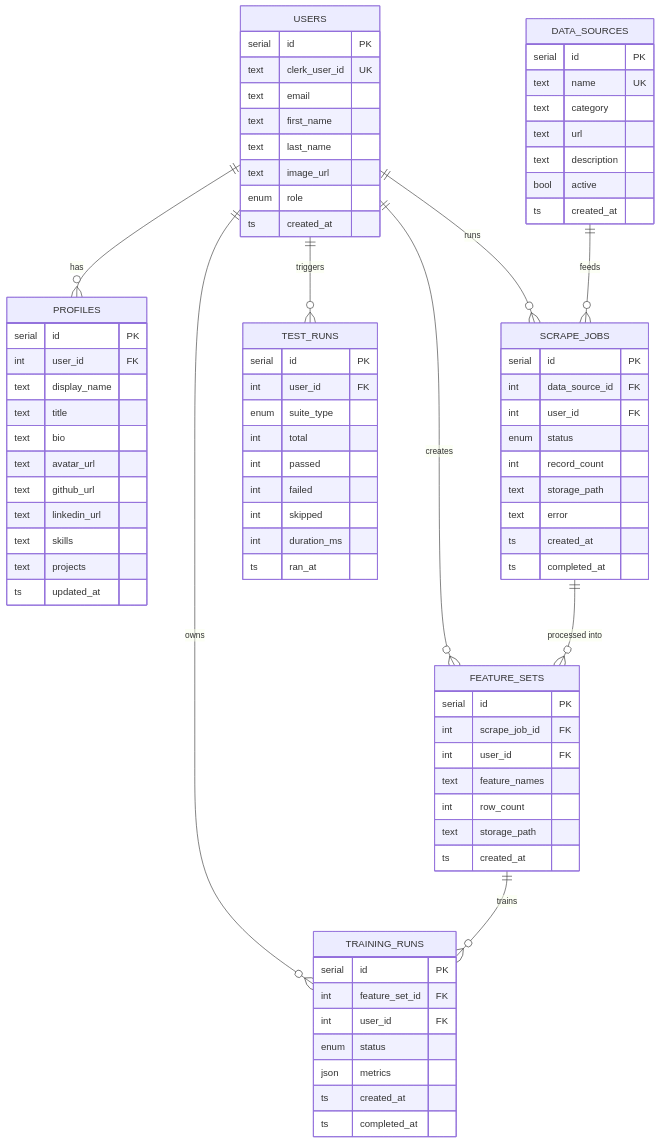
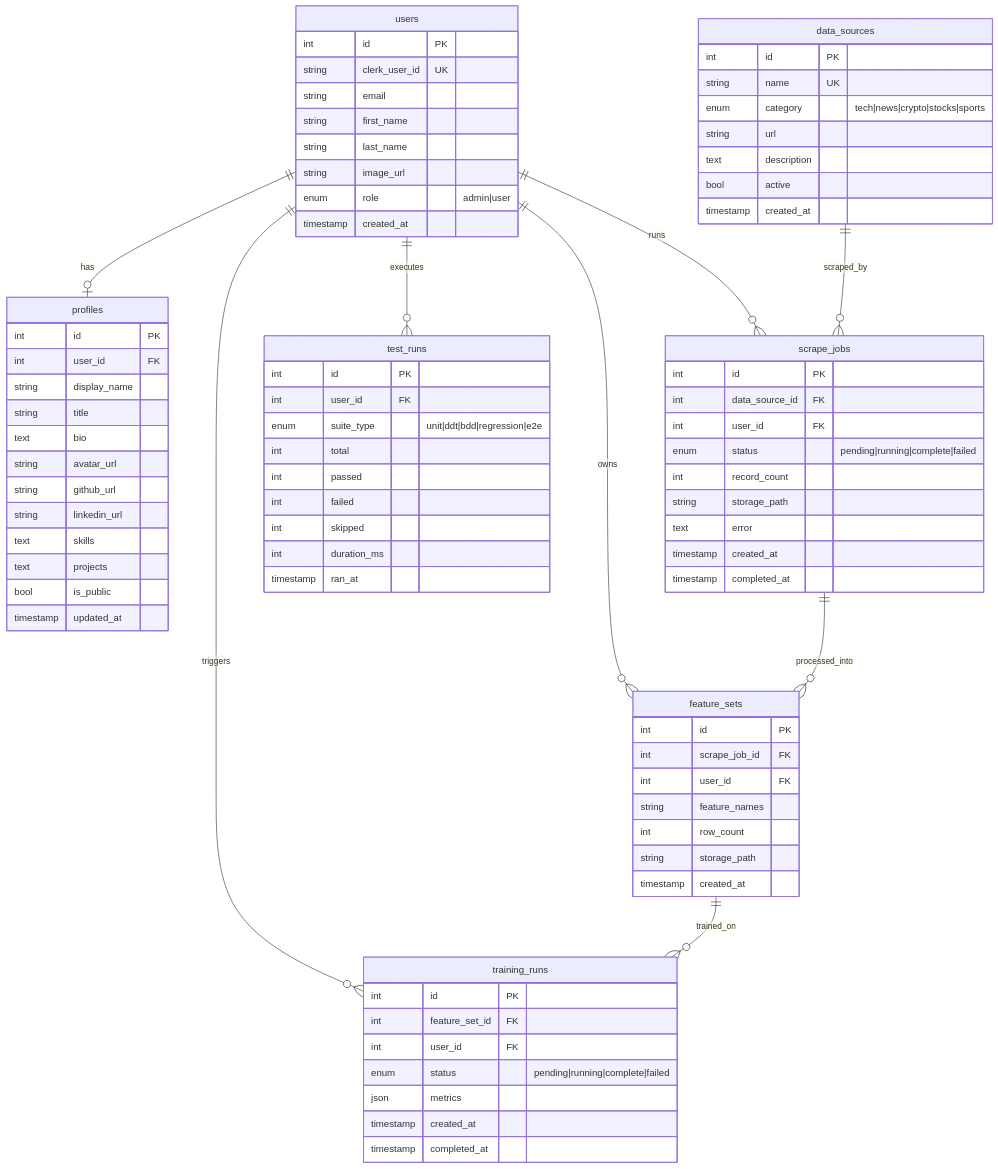
The fifth of 6 diagrams in docs/architecture.md (itkdaniel/portfolio-project), drawn with Mermaid before and after one commit. The commit also changed other lines of this file and 77 other files, not shown here.

````diff
--- a/docs/architecture.md
+++ b/docs/architecture.md
@@ -162,84 +160,85 @@
 ```mermaid
 erDiagram
-    USERS {
-        serial  id PK
-        text    clerk_user_id UK
-        text    email
-        text    first_name
-        text    last_name
-        text    image_url
-        enum    role
-        ts      created_at
+    users {
+        int id PK
+        string clerk_user_id UK
+        string email
+        string first_name
+        string last_name
+        string image_url
+        enum role "admin|user"
+        timestamp created_at
     }
-    PROFILES {
-        serial  id PK
-        int     user_id FK
-        text    display_name
-        text    title
-        text    bio
-        text    avatar_url
-        text    github_url
-        text    linkedin_url
-        text    skills
-        text    projects
-        ts      updated_at
+    profiles {
+        int id PK
+        int user_id FK
+        string display_name
+        string title
+        text bio
+        string avatar_url
+        string github_url
+        string linkedin_url
+        text skills
+        text projects
+        bool is_public
+        timestamp updated_at
     }
-    DATA_SOURCES {
-        serial  id PK
-        text    name UK
-        text    category
-        text    url
-        text    description
-        bool    active
-        ts      created_at
+    data_sources {
+        int id PK
+        string name UK
+        enum category "tech|news|crypto|stocks|sports"
+        string url
+        text description
+        bool active
+        timestamp created_at
     }
-    SCRAPE_JOBS {
-        serial  id PK
-        int     data_source_id FK
-        int     user_id FK
-        enum    status
-        int     record_count
-        text    storage_path
-        text    error
-        ts      created_at
-        ts      completed_at
+    scrape_jobs {
+        int id PK
+        int data_source_id FK
+        int user_id FK
+        enum status "pending|running|complete|failed"
+        int record_count
+        string storage_path
+        text error
+        timestamp created_at
+        timestamp completed_at
     }
-    FEATURE_SETS {
-        serial  id PK
-        int     scrape_job_id FK
-        int     user_id FK
-        text    feature_names
-        int     row_count
-        text    storage_path
-        ts      created_at
+    feature_sets {
+        int id PK
+        int scrape_job_id FK
+        int user_id FK
+        string feature_names
+        int row_count
+        string storage_path
+        timestamp created_at
     }
-    TRAINING_RUNS {
-        serial  id PK
-        int     feature_set_id FK
-        int     user_id FK
-        enum    status
-        json    metrics
-        ts      created_at
-        ts      completed_at
+    training_runs {
+        int id PK
+        int feature_set_id FK
+        int user_id FK
+        enum status "pending|running|complete|failed"
+        json metrics
+        timestamp created_at
+        timestamp completed_at
     }
-    TEST_RUNS {
-        serial  id PK
-        int     user_id FK
-        enum    suite_type
-        int     total
-        int     passed
-        int     failed
-        int     skipped
-        int     duration_ms
-        ts      ran_at
+    test_runs {
+        int id PK
+        int user_id FK
+        enum suite_type "unit|ddt|bdd|regression|e2e"
+        int total
+        int passed
+        int failed
+        int skipped
+        int duration_ms
+        timestamp ran_at
     }
 
-    USERS ||--o{ PROFILES : "has"
-    USERS ||--o{ SCRAPE_JOBS : "runs"
-    USERS ||--o{ FEATURE_SETS : "creates"
-    USERS ||--o{ TRAINING_RUNS : "owns"
-    USERS ||--o{ TEST_RUNS : "triggers"
-    DATA_SOURCES ||--o{ SCRAPE_JOBS : "feeds"
-    SCRAPE_JOBS ||--o{ FEATURE_SETS : "processed into"
-    FEATURE_SETS ||--o{ TRAINING_RUNS : "trains"
+    users ||--o| profiles : "has"
+    users ||--o{ scrape_jobs : "runs"
+    users ||--o{ feature_sets : "owns"
+    users ||--o{ training_runs : "triggers"
+    users ||--o{ test_runs : "executes"
+    data_sources ||--o{ scrape_jobs : "scraped_by"
+    scrape_jobs ||--o{ feature_sets : "processed_into"
+    feature_sets ||--o{ training_runs : "trained_on"
 ```
````
